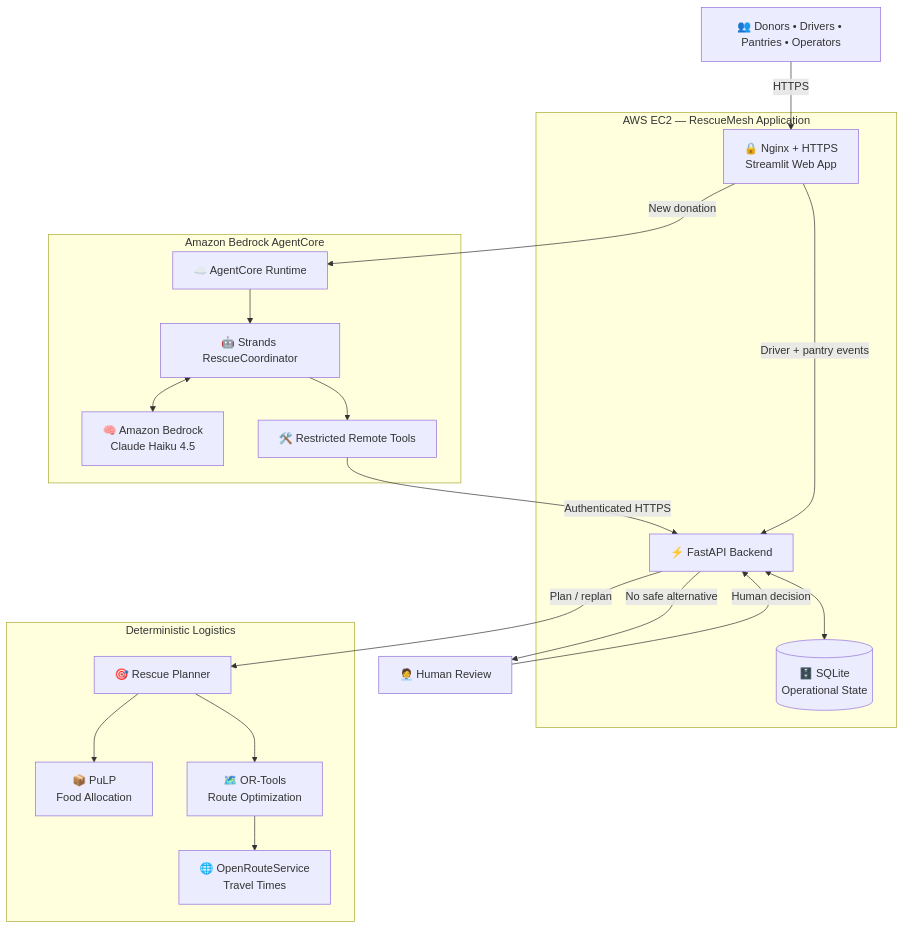
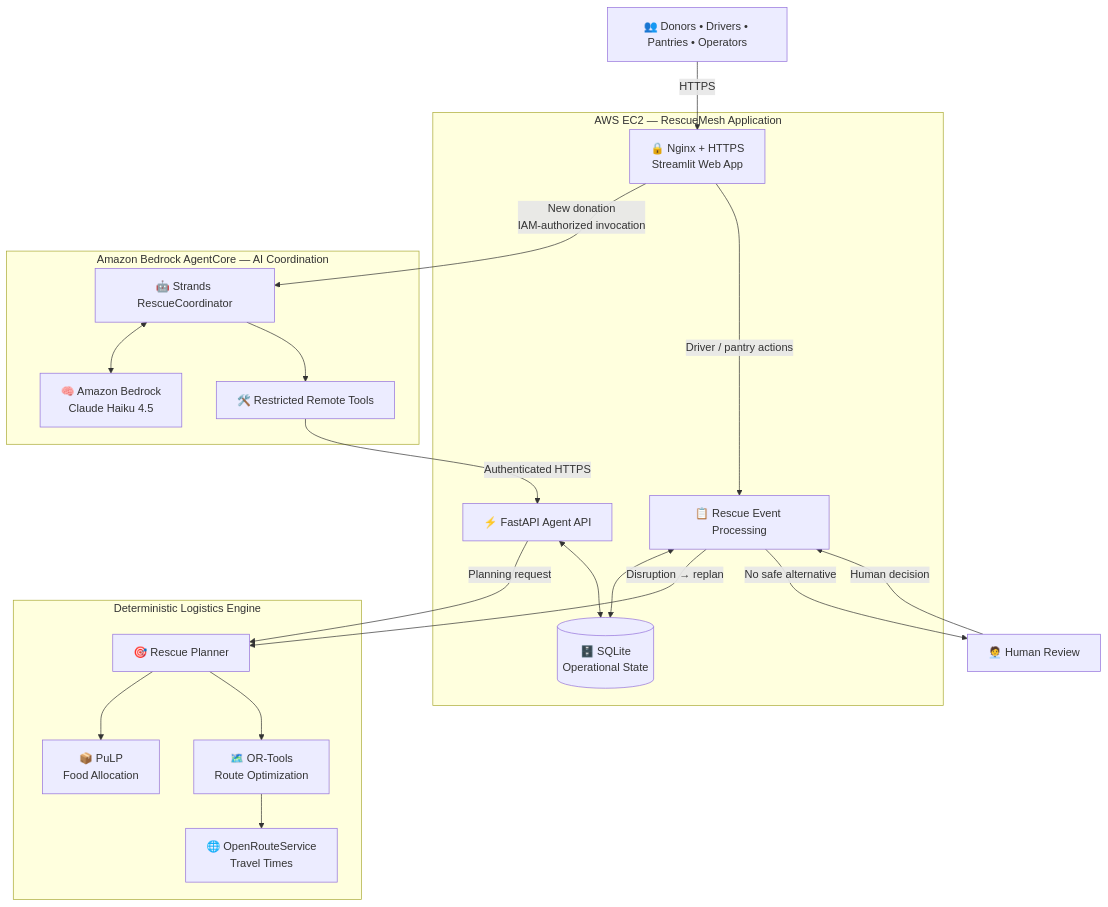
Before and after one commit to maithili74/rescuemesh: the diagram in README.md, drawn with Mermaid. The commit also changed other lines of this file, not shown here.

````diff
--- a/README.md
+++ b/README.md
@@ -158,50 +187,51 @@
 ```mermaid
 flowchart TB
 
-    U["👥 Donors • Drivers • Pantries • Operators"]
+    USERS["👥 Donors • Drivers • Pantries • Operators"]
 
     subgraph APP["AWS EC2 — RescueMesh Application"]
-        W["🔒 Nginx + HTTPS<br/>Streamlit Web App"]
-        F["⚡ FastAPI Backend"]
-        D[("🗄️ SQLite<br/>Operational State")]
+        WEB["🔒 Nginx + HTTPS<br/>Streamlit Web App"]
+        EVENTS["📋 Rescue Event Processing"]
+        API["⚡ FastAPI Agent API"]
+        STATE[("🗄️ SQLite<br/>Operational State")]
     end
 
-    subgraph AI["Amazon Bedrock AgentCore"]
-        A["☁️ AgentCore Runtime"]
-        S["🤖 Strands RescueCoordinator"]
-        B["🧠 Amazon Bedrock<br/>Claude Haiku 4.5"]
-        T["🛠️ Restricted Remote Tools"]
+    subgraph AI["Amazon Bedrock AgentCore — AI Coordination"]
+        AGENT["🤖 Strands RescueCoordinator"]
+        MODEL["🧠 Amazon Bedrock<br/>Claude Haiku 4.5"]
+        TOOLS["🛠️ Restricted Remote Tools"]
+
+        AGENT <--> MODEL
+        AGENT --> TOOLS
     end
 
-    subgraph LOGIC["Deterministic Logistics"]
-        P["🎯 Rescue Planner"]
-        L["📦 PuLP<br/>Food Allocation"]
-        R["🗺️ OR-Tools<br/>Route Optimization"]
-        O["🌐 OpenRouteService<br/>Travel Times"]
+    subgraph PLAN["Deterministic Logistics Engine"]
+        PLANNER["🎯 Rescue Planner"]
+        PULP["📦 PuLP<br/>Food Allocation"]
+        ROUTE["🗺️ OR-Tools<br/>Route Optimization"]
+        ORS["🌐 OpenRouteService<br/>Travel Times"]
+
+        PLANNER --> PULP
+        PLANNER --> ROUTE
+        ROUTE --> ORS
     end
 
-    H["🧑‍💼 Human Review"]
+    HUMAN["🧑‍💼 Human Review"]
 
-    U -->|"HTTPS"| W
+    USERS -->|"HTTPS"| WEB
 
-    W -->|"New donation"| A
+    %% AI COORDINATION PATH
+    WEB -->|"New donation<br/>IAM-authorized invocation"| AGENT
+    TOOLS -->|"Authenticated HTTPS"| API
+    API -->|"Planning request"| PLANNER
+    API <--> STATE
 
-    A --> S
-    S <--> B
-    S --> T
+    %% REAL-WORLD EVENT PATH
+    WEB -->|"Driver / pantry actions"| EVENTS
+    EVENTS <--> STATE
 
-    T -->|"Authenticated HTTPS"| F
-
-    F <--> D
-
-    F -->|"Plan / replan"| P
-
-    P --> L
-    P --> R
-    R --> O
-
-    W -->|"Driver + pantry events"| F
-
-    F -->|"No safe alternative"| H
-    H -->|"Human decision"| F
+    %% DISRUPTION RECOVERY
+    EVENTS -->|"Disruption → replan"| PLANNER
+    EVENTS -->|"No safe alternative"| HUMAN
+    HUMAN -->|"Human decision"| EVENTS
 ```
````
